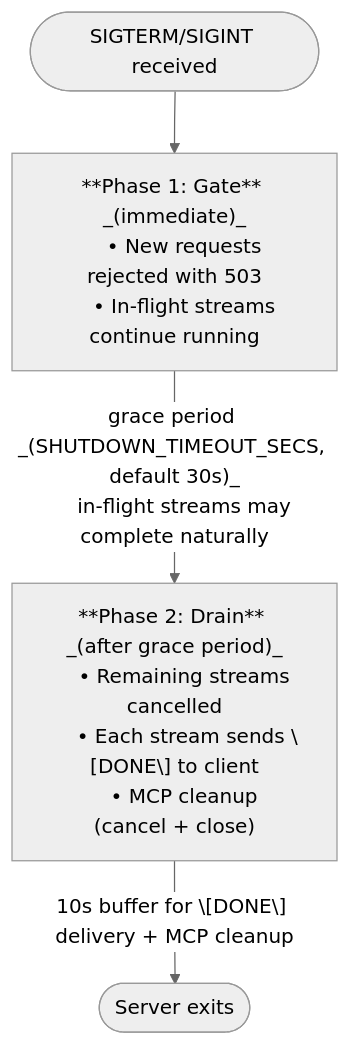
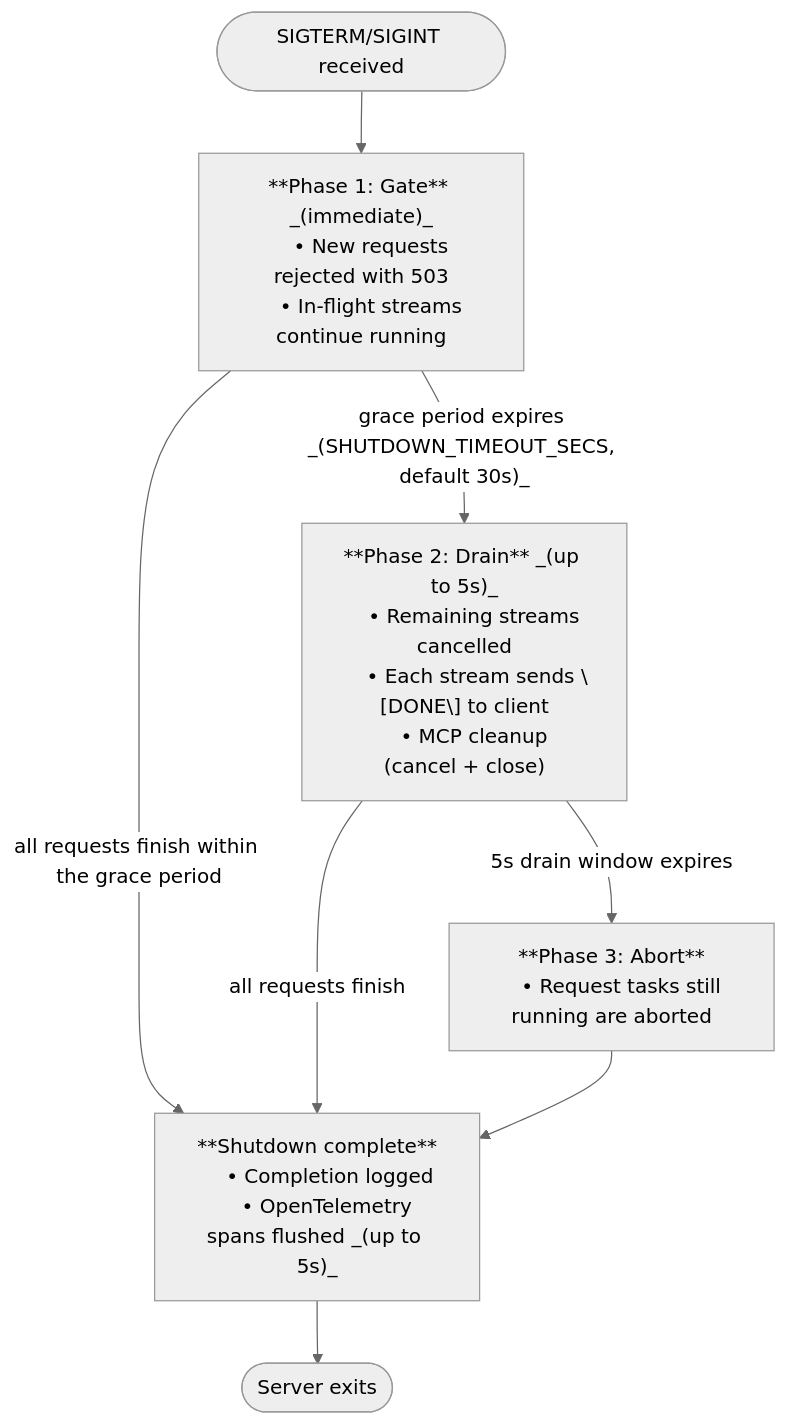
Before and after one commit to jronaldi0509/documentation: the fourth of 4 diagrams in aura/streaming-api-guide.mdx, drawn with Mermaid (neutral theme). The commit also changed other lines of this file and 4 other files, not shown here.

````diff
--- a/aura/streaming-api-guide.mdx
+++ b/aura/streaming-api-guide.mdx
@@ -1017,20 +1018,30 @@
 ```mermaid
 flowchart TD
     A([SIGTERM/SIGINT received]) --> B
 
     B["**Phase 1: Gate** _(immediate)_
     • New requests rejected with 503
     • In-flight streams continue running"]
 
-    B -->|"grace period _(SHUTDOWN_TIMEOUT_SECS, default 30s)_
-    in-flight streams may complete naturally"| C
+    B -->|"all requests finish within the grace period"| E
+    B -->|"grace period expires _(SHUTDOWN_TIMEOUT_SECS, default 30s)_"| C
 
-    C["**Phase 2: Drain** _(after grace period)_
+    C["**Phase 2: Drain** _(up to 5s)_
     • Remaining streams cancelled
     • Each stream sends \[DONE\] to client
     • MCP cleanup (cancel + close)"]
 
-    C -->|"10s buffer for \[DONE\] delivery + MCP cleanup"| D
+    C -->|"all requests finish"| E
+    C -->|"5s drain window expires"| D
 
-    D([Server exits])
+    D["**Phase 3: Abort**
+    • Request tasks still running are aborted"]
+
+    D --> E
+
+    E["**Shutdown complete**
+    • Completion logged
+    • OpenTelemetry spans flushed _(up to 5s)_"]
+
+    E --> F([Server exits])
 ```
````
